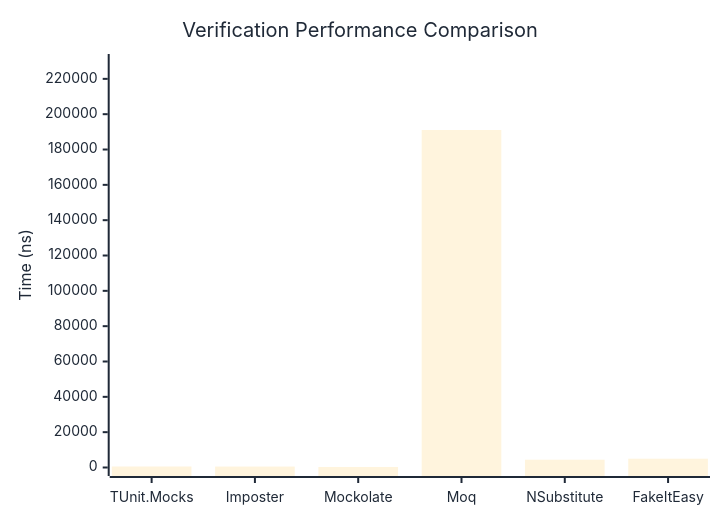
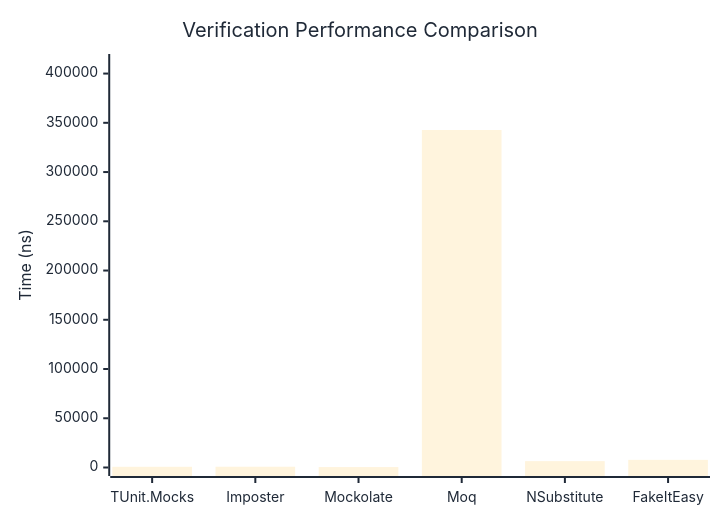
Before and after one commit to thomhurst/TUnit: the first of 3 diagrams in docs/docs/benchmarks/mocks/Verification.md, drawn with Mermaid. The commit also changed other lines of this file and 14 other files, not shown here.

````diff
--- a/docs/docs/benchmarks/mocks/Verification.md
+++ b/docs/docs/benchmarks/mocks/Verification.md
@@ -30,27 +30,27 @@
 ```mermaid
 %%{init: {
   'theme':'base',
   'themeVariables': {
     'primaryColor': '#2563eb',
     'primaryTextColor': '#1f2937',
     'primaryBorderColor': '#1e40af',
     'lineColor': '#6b7280',
     'secondaryColor': '#7c3aed',
     'tertiaryColor': '#dc2626',
     'background': '#ffffff',
     'pie1': '#2563eb',
     'pie2': '#7c3aed',
     'pie3': '#dc2626',
     'pie4': '#f59e0b',
     'pie5': '#10b981',
     'pie6': '#06b6d4',
     'pie7': '#ec4899',
     'pie8': '#6366f1'
   }
 }}%%
 xychart-beta
   title "Verification Performance Comparison"
   x-axis ["TUnit.Mocks", "Imposter", "Mockolate", "Moq", "NSubstitute", "FakeItEasy"]
-  y-axis "Time (ns)" 0 --> 229257
-  bar [569.74, 533.41, 305.76, 191047.44, 4406.61, 4986.45]
+  y-axis "Time (ns)" 0 --> 411241
+  bar [716, 773.07, 439.18, 342700.61, 6453.89, 7761.64]
 ```
````
